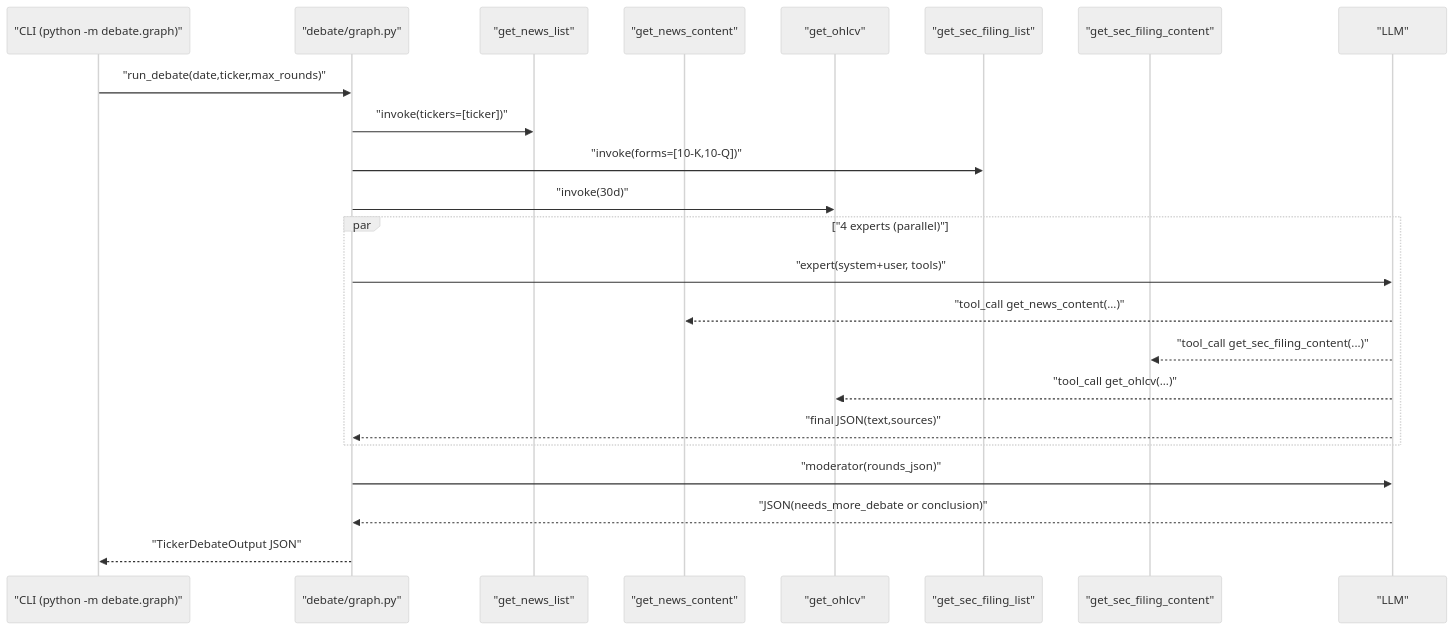
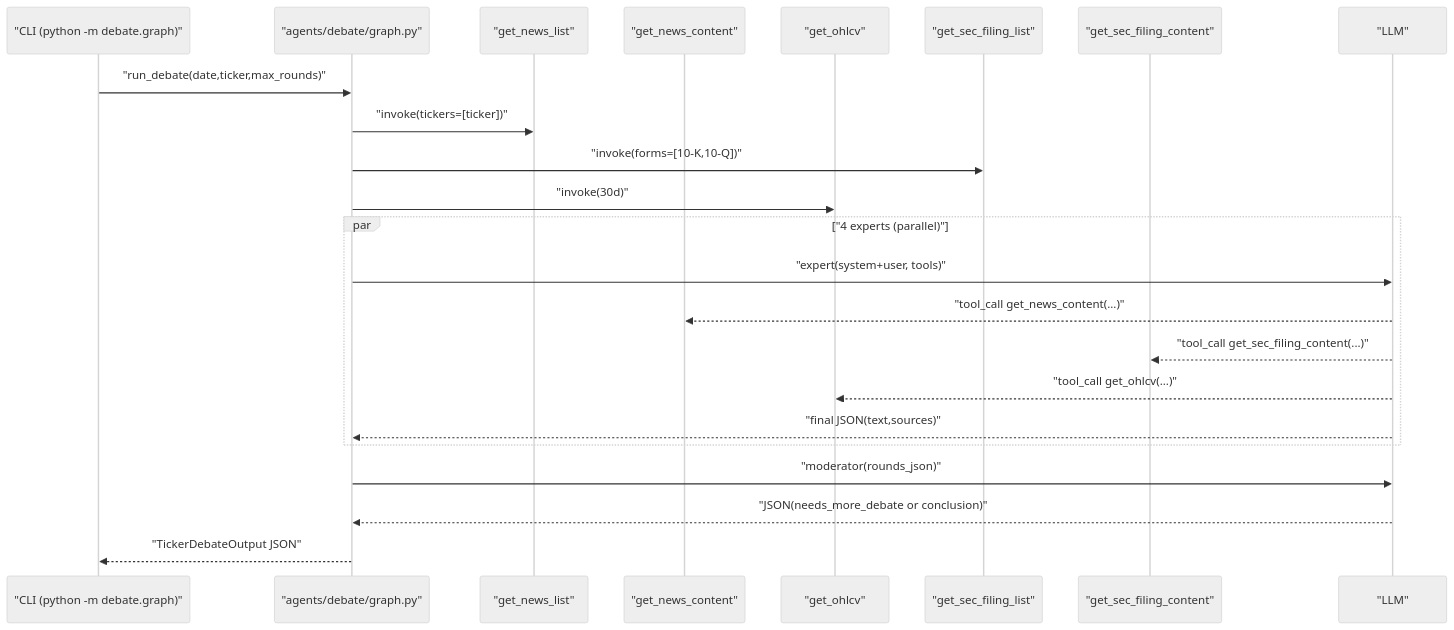
Before and after one commit to junseok0913/25fw-kubig-mas: the third of 4 diagrams in debate/ARCHITECTURE.md, drawn with Mermaid (neutral theme). The commit also changed other lines of this file and 148 other files, not shown here.

````diff
--- a/debate/ARCHITECTURE.md
+++ b/debate/ARCHITECTURE.md
@@ -282,26 +282,26 @@
 ```mermaid
 sequenceDiagram
   participant CLI as "CLI (python -m debate.graph)"
-  participant G as "debate/graph.py"
+  participant G as "agents/debate/graph.py"
   participant NL as "get_news_list"
   participant NC as "get_news_content"
   participant OH as "get_ohlcv"
   participant SL as "get_sec_filing_list"
   participant SC as "get_sec_filing_content"
   participant LLM as "LLM"
 
   CLI->>G: "run_debate(date,ticker,max_rounds)"
   G->>NL: "invoke(tickers=[ticker])"
   G->>SL: "invoke(forms=[10-K,10-Q])"
   G->>OH: "invoke(30d)"
   par "4 experts (parallel)"
     G->>LLM: "expert(system+user, tools)"
     LLM-->>NC: "tool_call get_news_content(...)"
     LLM-->>SC: "tool_call get_sec_filing_content(...)"
     LLM-->>OH: "tool_call get_ohlcv(...)"
     LLM-->>G: "final JSON(text,sources)"
   end
   G->>LLM: "moderator(rounds_json)"
   LLM-->>G: "JSON(needs_more_debate or conclusion)"
   G-->>CLI: "TickerDebateOutput JSON"
 ```
````
